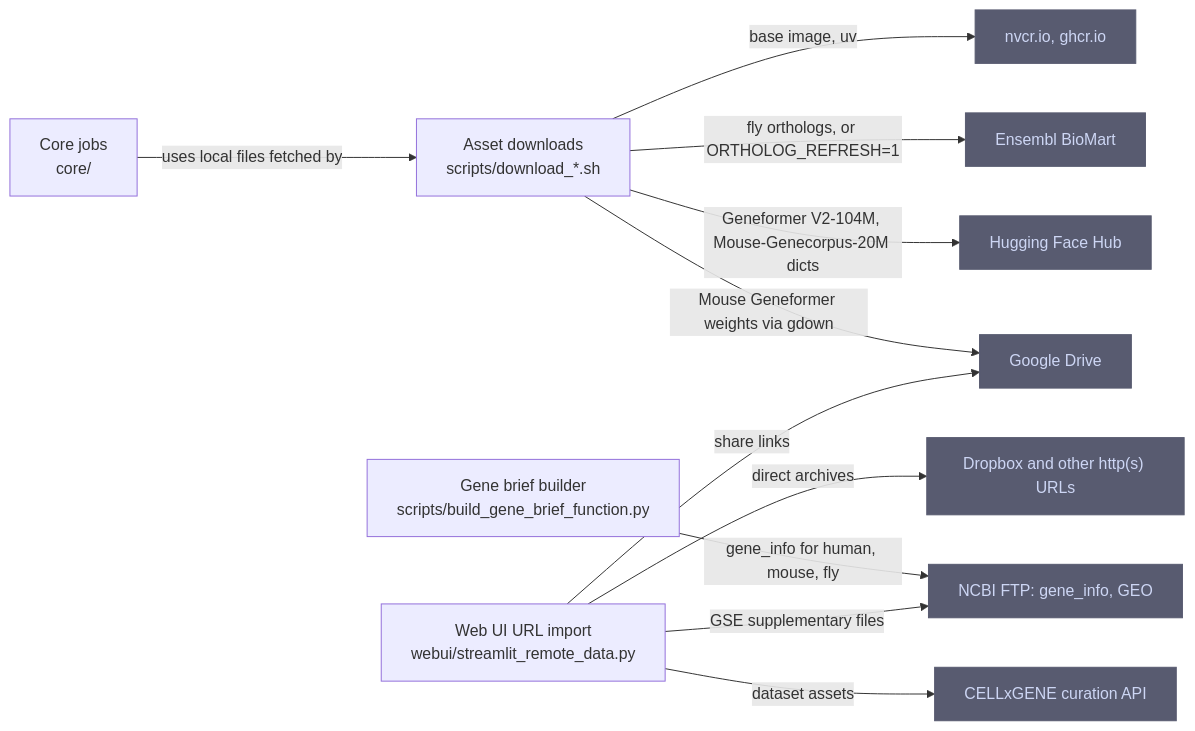
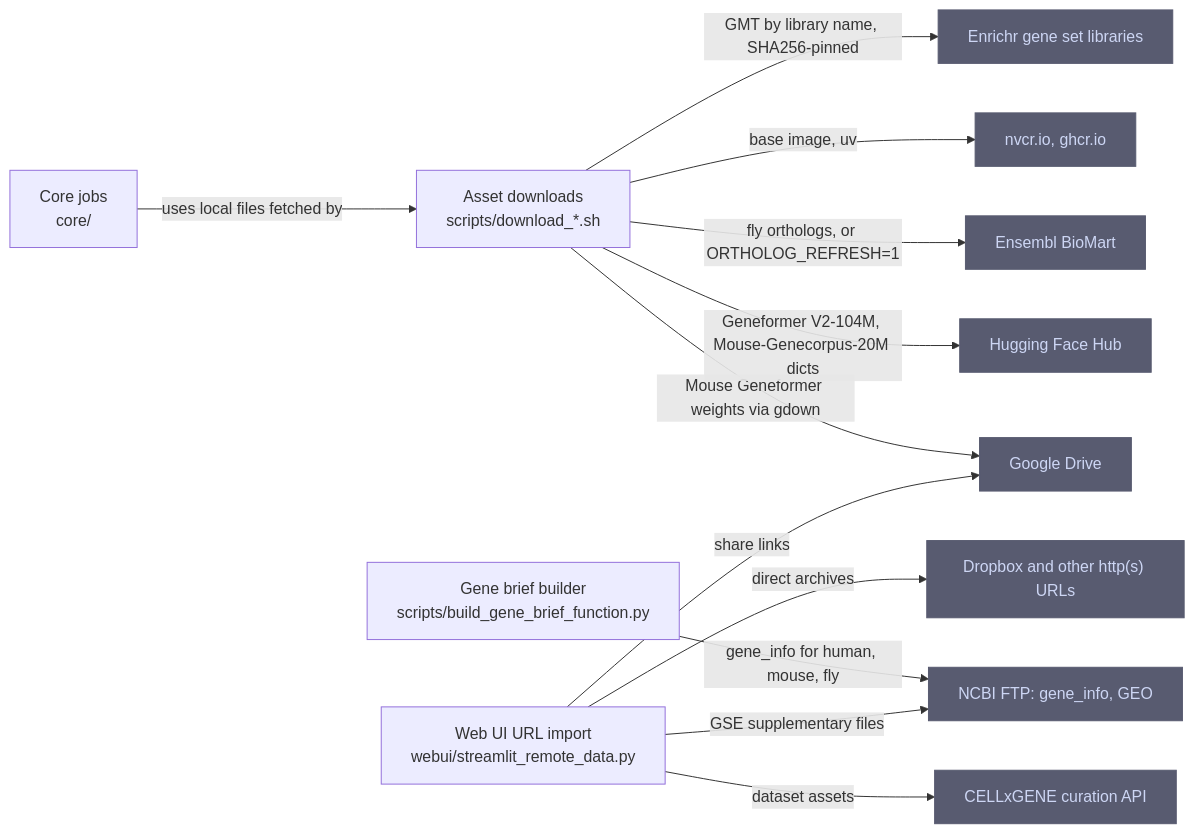
Before and after one commit to YuyaSanaki/ISP-Platform: the diagram in .omm/external-integrations/diagram.mmd, drawn with Mermaid. The commit also changed 56 other files, not shown here.

```diff
--- a/.omm/external-integrations/diagram.mmd
+++ b/.omm/external-integrations/diagram.mmd
@@ -1,27 +1,29 @@
 graph LR
     asset-downloads["Asset downloads\nscripts/download_*.sh"]
     gene-brief-builder["Gene brief builder\nscripts/build_gene_brief_function.py"]
     url-import["Web UI URL import\nwebui/streamlit_remote_data.py"]
     core-jobs["Core jobs\ncore/"]
     google-drive["Google Drive"]
     hugging-face["Hugging Face Hub"]
     ensembl-biomart["Ensembl BioMart"]
     container-registries["nvcr.io, ghcr.io"]
     ncbi["NCBI FTP: gene_info, GEO"]
     cellxgene["CELLxGENE curation API"]
     dropbox["Dropbox and other http(s) URLs"]
+    enrichr["Enrichr gene set libraries"]
     asset-downloads -->|"Mouse Geneformer weights via gdown"| google-drive
     asset-downloads -->|"Geneformer V2-104M, Mouse-Genecorpus-20M dicts"| hugging-face
     asset-downloads -->|"fly orthologs, or ORTHOLOG_REFRESH=1"| ensembl-biomart
     asset-downloads -->|"base image, uv"| container-registries
+    asset-downloads -->|"GMT by library name, SHA256-pinned"| enrichr
     gene-brief-builder -->|"gene_info for human, mouse, fly"| ncbi
     url-import -->|"GSE supplementary files"| ncbi
     url-import -->|"dataset assets"| cellxgene
     url-import -->|"share links"| google-drive
     url-import -->|"direct archives"| dropbox
     core-jobs -->|"uses local files fetched by"| asset-downloads
-    class google-drive,hugging-face,ensembl-biomart,container-registries,ncbi,cellxgene,dropbox external
+    class google-drive,hugging-face,ensembl-biomart,container-registries,ncbi,cellxgene,dropbox,enrichr external
     classDef external fill:#585b70,stroke:#585b70,color:#cdd6f4
     classDef concern fill:#f38ba8,stroke:#f38ba8,color:#1e1e2e
     classDef entry fill:#89b4fa,stroke:#89b4fa,color:#1e1e2e
     classDef store fill:#a6e3a1,stroke:#a6e3a1,color:#1e1e2e
```
